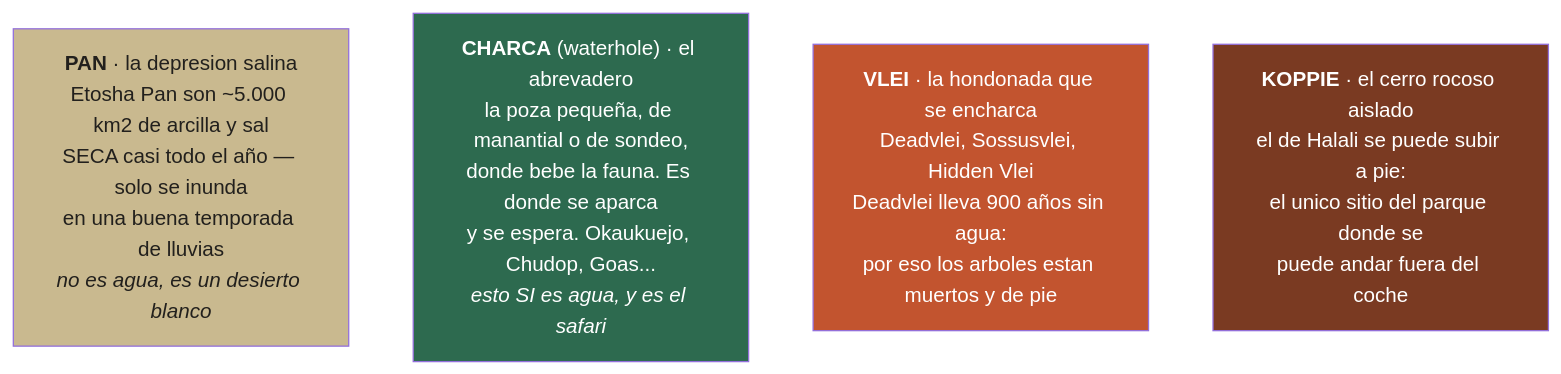
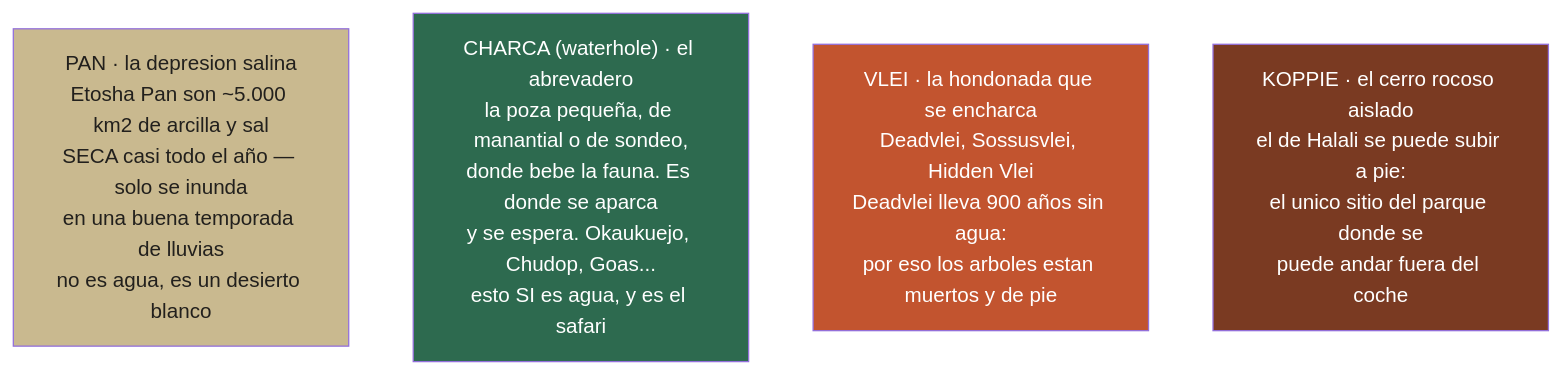
The eighth of 9 diagrams in README.md (morandeirachema/namibia), drawn with Mermaid before and after one commit. The commit also changed other lines of this file and 14 other files, not shown here.

Commit message:
Arreglar el renderizado de los diagramas en GitHub: fuera emojis, negritas y barras ASCII de dentro de los nodos, que descuadraban la medida y recortaban el texto

````diff
--- a/README.md
+++ b/README.md
@@ -543,11 +543,11 @@
 ```mermaid
 flowchart TD
-    P["<b>PAN</b> · la depresion salina<br/>Etosha Pan son ~5.000 km2 de arcilla y sal<br/>SECA casi todo el año — solo se inunda<br/>en una buena temporada de lluvias<br/><i>no es agua, es un desierto blanco</i>"]
-    C["<b>CHARCA</b> (waterhole) · el abrevadero<br/>la poza pequeña, de manantial o de sondeo,<br/>donde bebe la fauna. Es donde se aparca<br/>y se espera. Okaukuejo, Chudop, Goas...<br/><i>esto SI es agua, y es el safari</i>"]
-    V["<b>VLEI</b> · la hondonada que se encharca<br/>Deadvlei, Sossusvlei, Hidden Vlei<br/>Deadvlei lleva 900 años sin agua:<br/>por eso los arboles estan muertos y de pie"]
-    K["<b>KOPPIE</b> · el cerro rocoso aislado<br/>el de Halali se puede subir a pie:<br/>el unico sitio del parque donde se<br/>puede andar fuera del coche"]
+    P["PAN · la depresion salina<br/>Etosha Pan son ~5.000 km2 de arcilla y sal<br/>SECA casi todo el año — solo se inunda<br/>en una buena temporada de lluvias<br/>no es agua, es un desierto blanco"]
+    C["CHARCA (waterhole) · el abrevadero<br/>la poza pequeña, de manantial o de sondeo,<br/>donde bebe la fauna. Es donde se aparca<br/>y se espera. Okaukuejo, Chudop, Goas...<br/>esto SI es agua, y es el safari"]
+    V["VLEI · la hondonada que se encharca<br/>Deadvlei, Sossusvlei, Hidden Vlei<br/>Deadvlei lleva 900 años sin agua:<br/>por eso los arboles estan muertos y de pie"]
+    K["KOPPIE · el cerro rocoso aislado<br/>el de Halali se puede subir a pie:<br/>el unico sitio del parque donde se<br/>puede andar fuera del coche"]
     style P fill:#c9b98f,color:#22201d
     style C fill:#2d6a4f,color:#fff
     style V fill:#C2542F,color:#fff
     style K fill:#7a3a22,color:#fff
 ```
````
